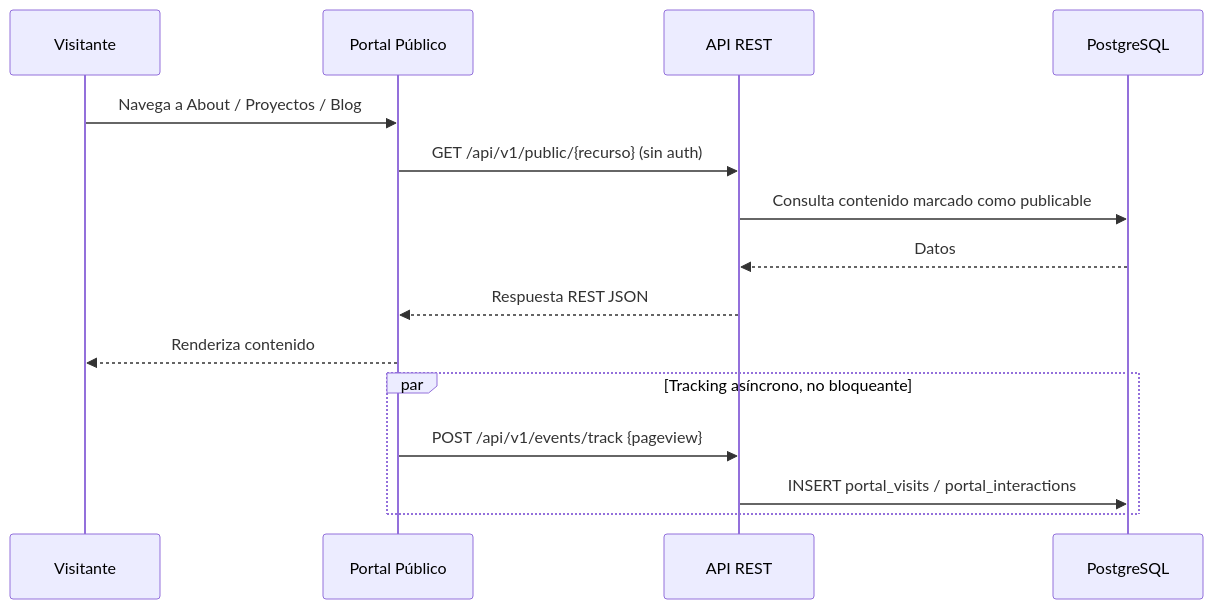
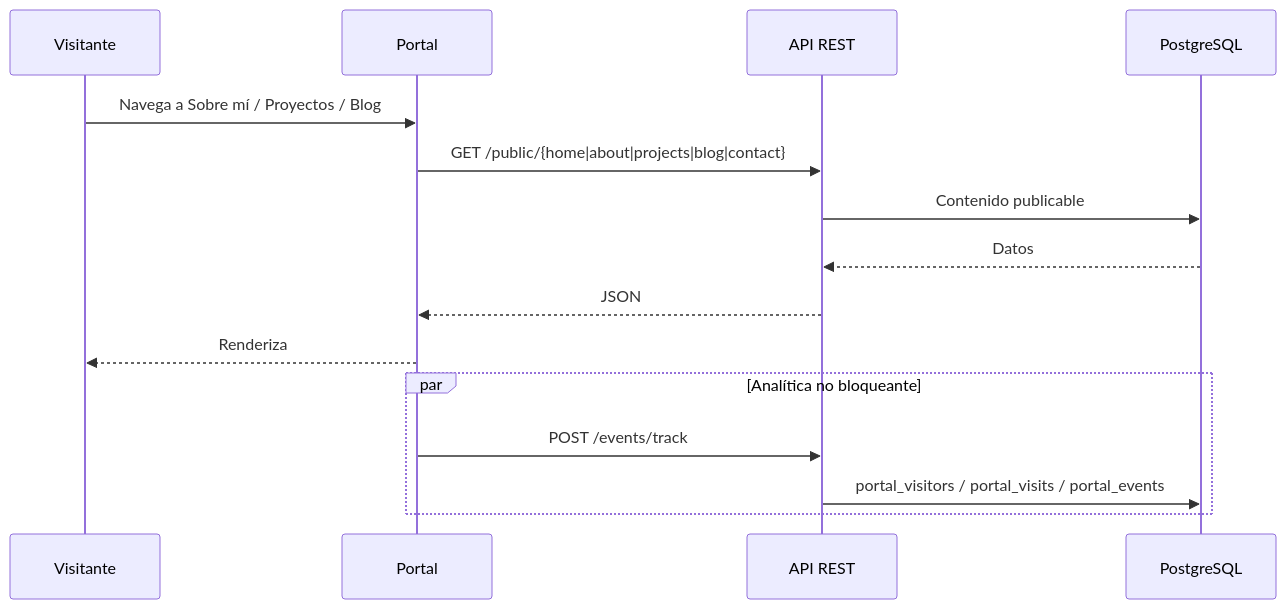
Before and after one commit to cjhirashi/cjhirashi-career: the first of 8 diagrams in docs/06-RUNTIME-VIEW.md, drawn with Mermaid. The commit also changed other lines of this file and 28 other files, not shown here.

````diff
--- a/docs/06-RUNTIME-VIEW.md
+++ b/docs/06-RUNTIME-VIEW.md
@@ -42,19 +16,19 @@
 ```mermaid
 sequenceDiagram
-    participant Visitante
-    participant Portal as Portal Público
+    participant V as Visitante
+    participant P as Portal
     participant API as API REST
     participant DB as PostgreSQL
 
-    Visitante->>Portal: Navega a About / Proyectos / Blog
-    Portal->>API: GET /api/v1/public/{recurso} (sin auth)
-    API->>DB: Consulta contenido marcado como publicable
+    V->>P: Navega a Sobre mí / Proyectos / Blog
+    P->>API: GET /public/{home|about|projects|blog|contact}
+    API->>DB: Contenido publicable
     DB-->>API: Datos
-    API-->>Portal: Respuesta REST JSON
-    Portal-->>Visitante: Renderiza contenido
+    API-->>P: JSON
+    P-->>V: Renderiza
 
-    par Tracking asíncrono, no bloqueante
-        Portal->>API: POST /api/v1/events/track {pageview}
-        API->>DB: INSERT portal_visits / portal_interactions
+    par Analítica no bloqueante
+        P->>API: POST /events/track
+        API->>DB: portal_visitors / portal_visits / portal_events
     end
 ```
````
